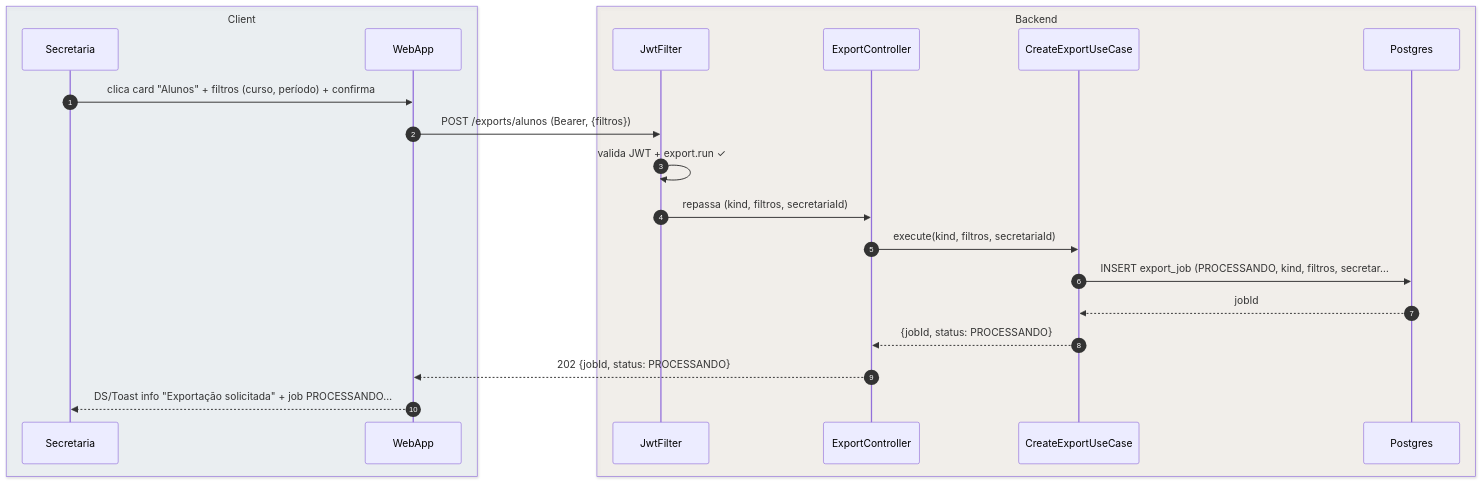
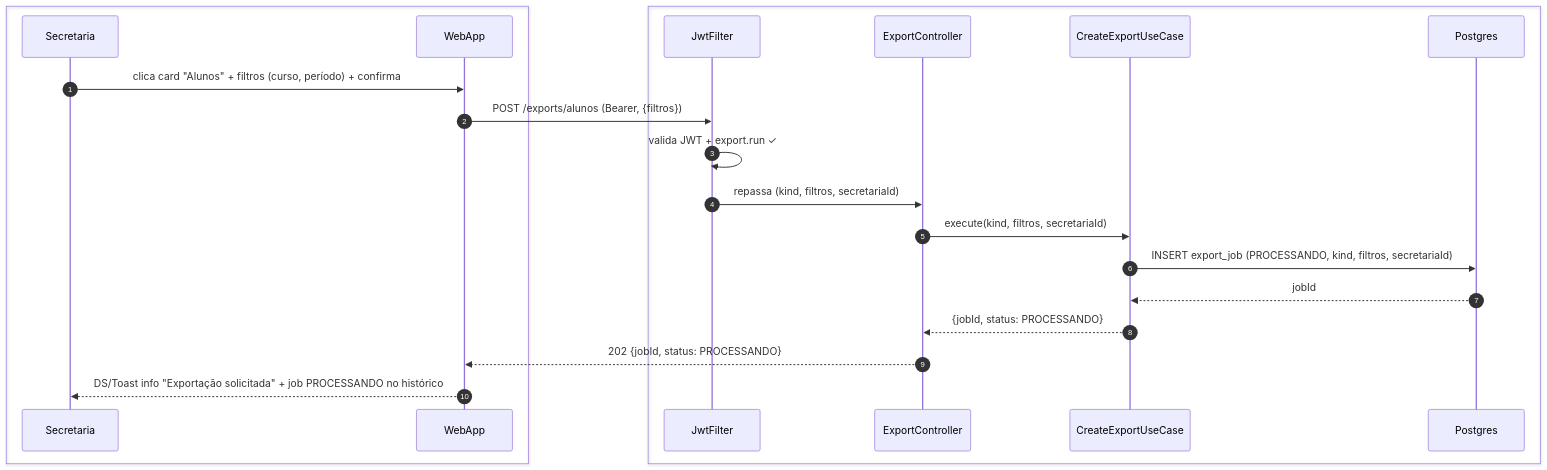
The first of 5 diagrams in foundationDocs/sequenceDiagrams/F5 — Secretaria/US-F5-010-EXPORTACOES.md (umishell/secretariaOnline2), drawn with Mermaid before and after one commit. The commit also changed other lines of this file and 70 other files, not shown here.

First line of the commit message:
Enhance database documentation and introduce new schema files

````diff
--- a/foundationDocs/sequenceDiagrams/F5 — Secretaria/US-F5-010-EXPORTACOES.md
+++ b/foundationDocs/sequenceDiagrams/F5 — Secretaria/US-F5-010-EXPORTACOES.md
@@ -57,25 +57,25 @@
 ```mermaid
 sequenceDiagram
     autonumber
-    box rgba(230,245,255,0.3) Client
+    box #e8f4fc Cliente
         participant Secretaria
         participant WebApp
     end
-    box rgba(255,245,230,0.3) Backend
+    box #fff8ee Servidor
         participant JwtFilter
         participant ExportController
         participant CreateExportUC as CreateExportUseCase
         participant Postgres
     end
 
     Secretaria->>WebApp: clica card "Alunos" + filtros (curso, período) + confirma
     WebApp->>JwtFilter: POST /exports/alunos (Bearer, {filtros})
     JwtFilter->>JwtFilter: valida JWT + export.run ✓
     JwtFilter->>ExportController: repassa (kind, filtros, secretariaId)
     ExportController->>CreateExportUC: execute(kind, filtros, secretariaId)
-    CreateExportUC->>Postgres: INSERT export_job (PROCESSANDO, kind, filtros, secretar…
+    CreateExportUC->>Postgres: INSERT export_job (PROCESSANDO, kind, filtros, secretariaId)
     Postgres-->>CreateExportUC: jobId
     CreateExportUC-->>ExportController: {jobId, status: PROCESSANDO}
     ExportController-->>WebApp: 202 {jobId, status: PROCESSANDO}
-    WebApp-->>Secretaria: DS/Toast info "Exportação solicitada" + job PROCESSANDO…
+    WebApp-->>Secretaria: DS/Toast info "Exportação solicitada" + job PROCESSANDO no histórico
 ```
````
